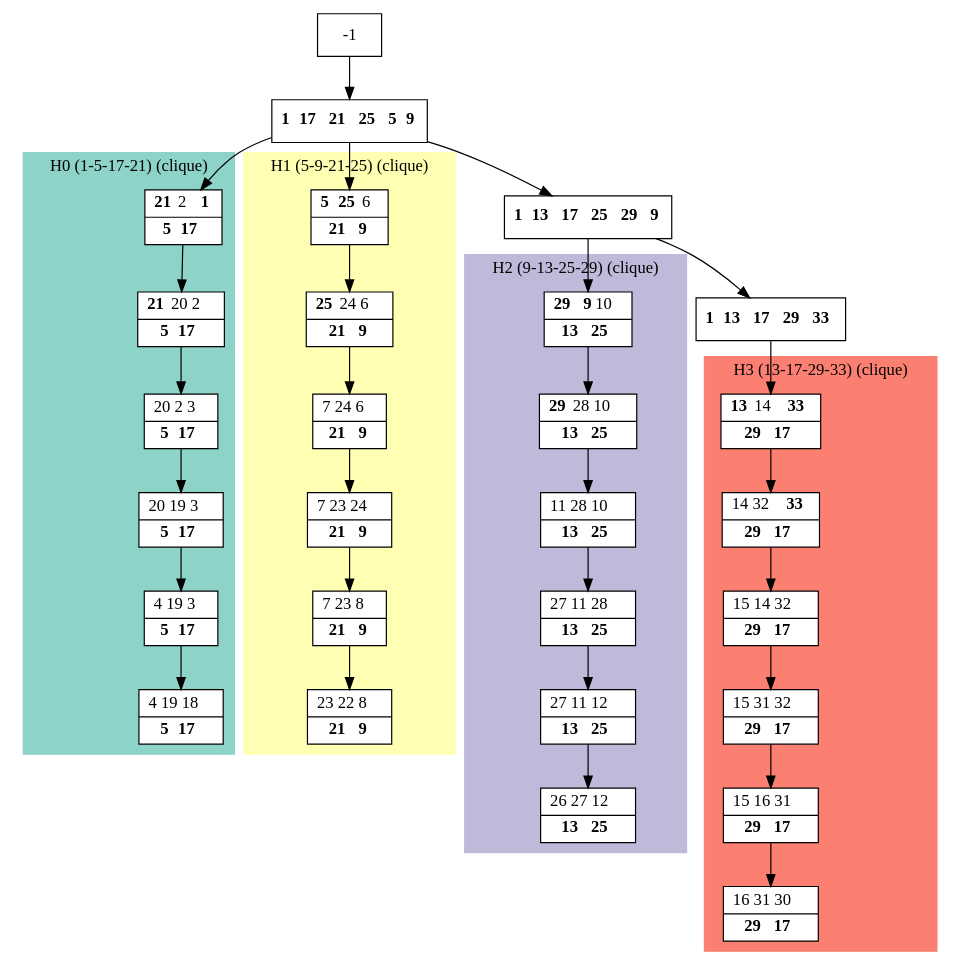
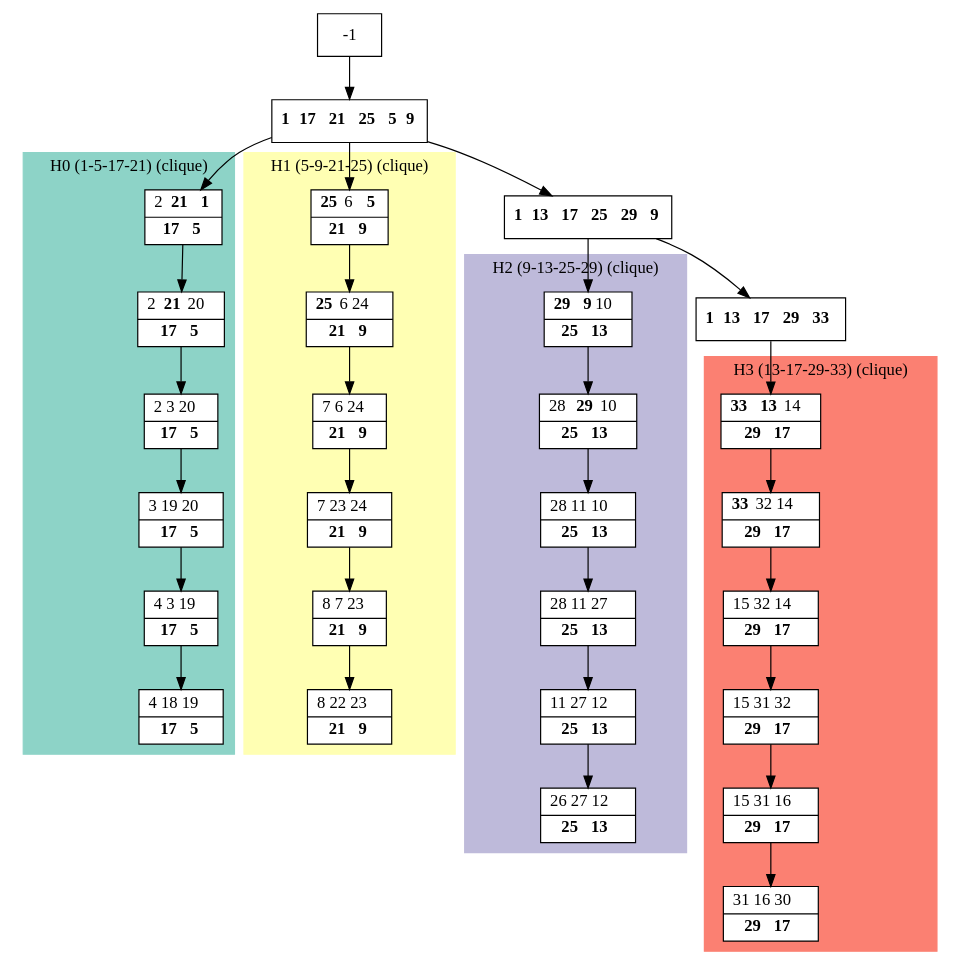
Before and after one commit to bmarchand/auto-dp: the diagram in results/dot_files/processed_K4.dot, drawn with Graphviz. The commit also changed 112 other files, not shown here.

```diff
--- a/results/dot_files/processed_K4.dot
+++ b/results/dot_files/processed_K4.dot
@@ -1,69 +1,69 @@
 digraph G {
     node [shape=box];
     subgraph cluster0 {
         node [style=filled,fillcolor=white];
         labeljust="l";
         style=filled;
         color="#8DD3C7";
         H0_0 -> H0_1 -> H0_2 -> H0_3 -> H0_4 -> H0_5;
         label="H0 (1-5-17-21) (clique)";
     }
     subgraph cluster1 {
         node [style=filled,fillcolor=white];
         labeljust="l";
         style=filled;
         color="#FFFFB3";
         H1_0 -> H1_1 -> H1_2 -> H1_3 -> H1_4 -> H1_5;
         label="H1 (5-9-21-25) (clique)";
     }
     subgraph cluster2 {
         node [style=filled,fillcolor=white];
         labeljust="l";
         style=filled;
         color="#BEBADA";
         H2_0 -> H2_1 -> H2_2 -> H2_3 -> H2_4 -> H2_5;
         label="H2 (9-13-25-29) (clique)";
     }
     subgraph cluster3 {
         node [style=filled,fillcolor=white];
         labeljust="l";
         style=filled;
         color="#FB8072";
         H3_0 -> H3_1 -> H3_2 -> H3_3 -> H3_4 -> H3_5;
         label="H3 (13-17-29-33) (clique)";
     }
      1 [shape=record,label= <{ <b>1</b> <b>17</b> <b>21</b> <b>25</b> <b>5</b> <b>9</b>}> ];
      -1  ->  1;
      14 [shape=record,label= <{ <b>1</b> <b>13</b> <b>17</b> <b>25</b> <b>29</b> <b>9</b>}> ];
      1  ->  14;
      21 [shape=record,label= <{ <b>1</b> <b>13</b> <b>17</b> <b>29</b> <b>33</b>}> ];
      14  ->  21;
-     H3_0 [shape=record,label= <{ <b>13</b> 14 <b>33</b>|  <b>29</b> <b>17</b>}> ];
+     H3_0 [shape=record,label= <{ <b>33</b> <b>13</b> 14|  <b>29</b> <b>17</b>}> ];
      21  ->  H3_0;
-     H3_1 [shape=record,label= <{ 14 32 <b>33</b>|  <b>29</b> <b>17</b>}> ];
-     H3_2 [shape=record,label= <{ 15 14 32|  <b>29</b> <b>17</b>}> ];
+     H3_1 [shape=record,label= <{ <b>33</b> 32 14|  <b>29</b> <b>17</b>}> ];
+     H3_2 [shape=record,label= <{ 15 32 14|  <b>29</b> <b>17</b>}> ];
      H3_3 [shape=record,label= <{ 15 31 32|  <b>29</b> <b>17</b>}> ];
-     H3_4 [shape=record,label= <{ 15 16 31|  <b>29</b> <b>17</b>}> ];
-     H3_5 [shape=record,label= <{ 16 31 30|  <b>29</b> <b>17</b>}> ];
-     H2_0 [shape=record,label= <{ <b>29</b> <b>9</b> 10|  <b>13</b> <b>25</b>}> ];
+     H3_4 [shape=record,label= <{ 15 31 16|  <b>29</b> <b>17</b>}> ];
+     H3_5 [shape=record,label= <{ 31 16 30|  <b>29</b> <b>17</b>}> ];
+     H2_0 [shape=record,label= <{ <b>29</b> <b>9</b> 10|  <b>25</b> <b>13</b>}> ];
      14  ->  H2_0;
-     H2_1 [shape=record,label= <{ <b>29</b> 28 10|  <b>13</b> <b>25</b>}> ];
-     H2_2 [shape=record,label= <{ 11 28 10|  <b>13</b> <b>25</b>}> ];
-     H2_3 [shape=record,label= <{ 27 11 28|  <b>13</b> <b>25</b>}> ];
-     H2_4 [shape=record,label= <{ 27 11 12|  <b>13</b> <b>25</b>}> ];
-     H2_5 [shape=record,label= <{ 26 27 12|  <b>13</b> <b>25</b>}> ];
-     H0_0 [shape=record,label= <{ <b>21</b> 2 <b>1</b>|  <b>5</b> <b>17</b>}> ];
+     H2_1 [shape=record,label= <{ 28 <b>29</b> 10|  <b>25</b> <b>13</b>}> ];
+     H2_2 [shape=record,label= <{ 28 11 10|  <b>25</b> <b>13</b>}> ];
+     H2_3 [shape=record,label= <{ 28 11 27|  <b>25</b> <b>13</b>}> ];
+     H2_4 [shape=record,label= <{ 11 27 12|  <b>25</b> <b>13</b>}> ];
+     H2_5 [shape=record,label= <{ 26 27 12|  <b>25</b> <b>13</b>}> ];
+     H0_0 [shape=record,label= <{ 2 <b>21</b> <b>1</b>|  <b>17</b> <b>5</b>}> ];
      1  ->  H0_0;
-     H0_1 [shape=record,label= <{ <b>21</b> 20 2|  <b>5</b> <b>17</b>}> ];
-     H0_2 [shape=record,label= <{ 20 2 3|  <b>5</b> <b>17</b>}> ];
-     H0_3 [shape=record,label= <{ 20 19 3|  <b>5</b> <b>17</b>}> ];
-     H0_4 [shape=record,label= <{ 4 19 3|  <b>5</b> <b>17</b>}> ];
-     H0_5 [shape=record,label= <{ 4 19 18|  <b>5</b> <b>17</b>}> ];
-     H1_0 [shape=record,label= <{ <b>5</b> <b>25</b> 6|  <b>21</b> <b>9</b>}> ];
+     H0_1 [shape=record,label= <{ 2 <b>21</b> 20|  <b>17</b> <b>5</b>}> ];
+     H0_2 [shape=record,label= <{ 2 3 20|  <b>17</b> <b>5</b>}> ];
+     H0_3 [shape=record,label= <{ 3 19 20|  <b>17</b> <b>5</b>}> ];
+     H0_4 [shape=record,label= <{ 4 3 19|  <b>17</b> <b>5</b>}> ];
+     H0_5 [shape=record,label= <{ 4 18 19|  <b>17</b> <b>5</b>}> ];
+     H1_0 [shape=record,label= <{ <b>25</b> 6 <b>5</b>|  <b>21</b> <b>9</b>}> ];
      1  ->  H1_0;
-     H1_1 [shape=record,label= <{ <b>25</b> 24 6|  <b>21</b> <b>9</b>}> ];
-     H1_2 [shape=record,label= <{ 7 24 6|  <b>21</b> <b>9</b>}> ];
+     H1_1 [shape=record,label= <{ <b>25</b> 6 24|  <b>21</b> <b>9</b>}> ];
+     H1_2 [shape=record,label= <{ 7 6 24|  <b>21</b> <b>9</b>}> ];
      H1_3 [shape=record,label= <{ 7 23 24|  <b>21</b> <b>9</b>}> ];
-     H1_4 [shape=record,label= <{ 7 23 8|  <b>21</b> <b>9</b>}> ];
-     H1_5 [shape=record,label= <{ 23 22 8|  <b>21</b> <b>9</b>}> ];
+     H1_4 [shape=record,label= <{ 8 7 23|  <b>21</b> <b>9</b>}> ];
+     H1_5 [shape=record,label= <{ 8 22 23|  <b>21</b> <b>9</b>}> ];
 }
```
